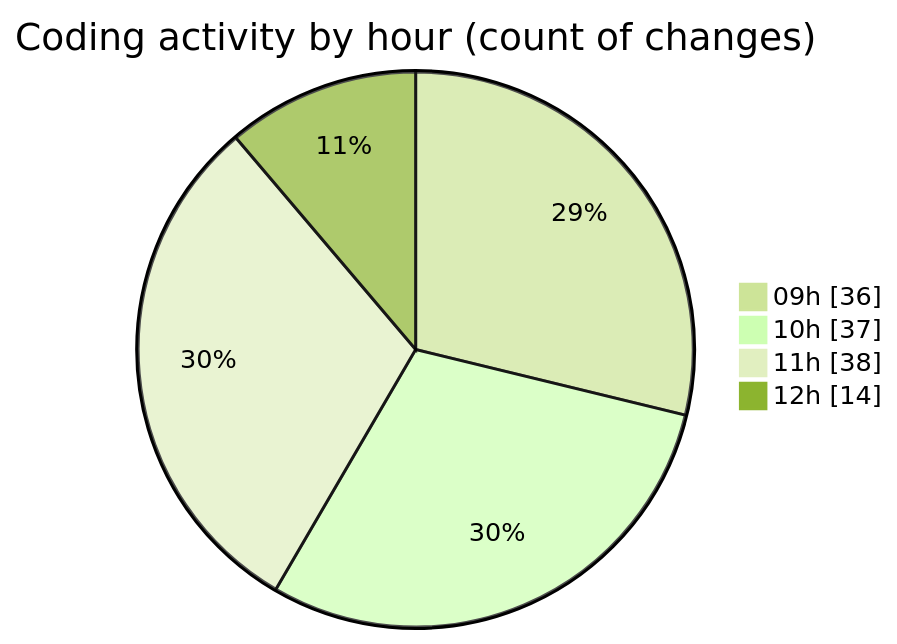
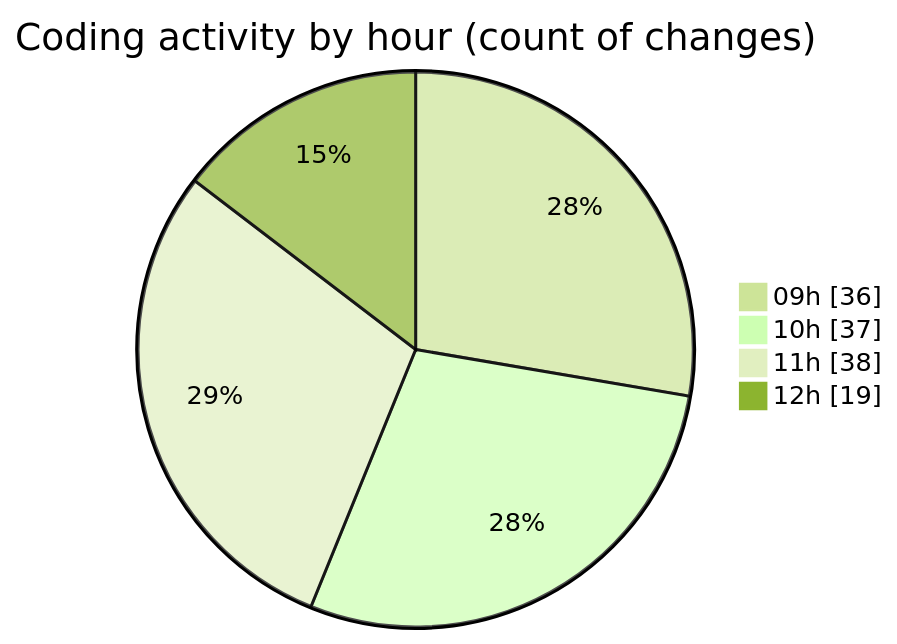
The second of 2 diagrams in 2026-04-16/cda/README.md (momahboobian/code-tracking), drawn with Mermaid (forest theme) before and after one commit. The commit also changed other lines of this file and 1 other file, not shown here.

````diff
--- a/2026-04-16/cda/README.md
+++ b/2026-04-16/cda/README.md
@@ -31,8 +31,8 @@
 ```mermaid
 pie showData
 title Coding activity by hour (count of changes)
 "09h" : 36
 "10h" : 37
 "11h" : 38
-"12h" : 14
+"12h" : 19
 ```
````
